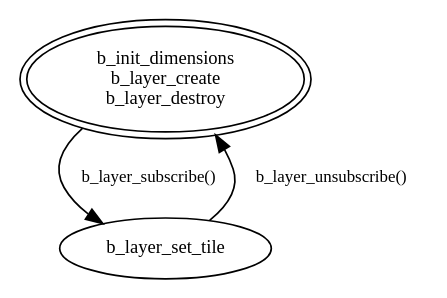
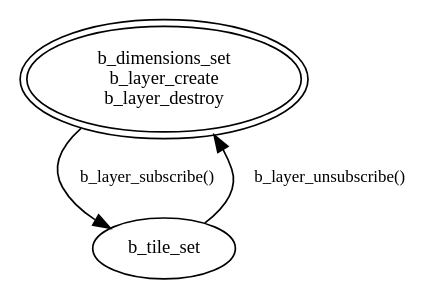
One commit to versenaut/verse-spec changed the diagram in media/subscription/subscription-b.dot. Above: the diagram before and after it, drawn with Graphviz. The commit also changed 3 other files, not shown here.

```diff
--- a/media/subscription/subscription-b.dot
+++ b/media/subscription/subscription-b.dot
@@ -1,15 +1,15 @@
 /*
 ** Bitmap subscription graph.
 */
 
 digraph subscription {
 	node [label="\N", shape="ellipse", fontsize="11"];
 	edge [fontsize="10"];
 
 	bitmap -> layer [label="b_layer_subscribe()"];
 	layer -> bitmap [label="b_layer_unsubscribe()"];
 
-	layer [label="b_layer_set_tile"];
+	layer [label="b_tile_set"];
 
-	bitmap [peripheries="2", label="b_init_dimensions\nb_layer_create\nb_layer_destroy"];
+	bitmap [peripheries="2", label="b_dimensions_set\nb_layer_create\nb_layer_destroy"];
 }
```
